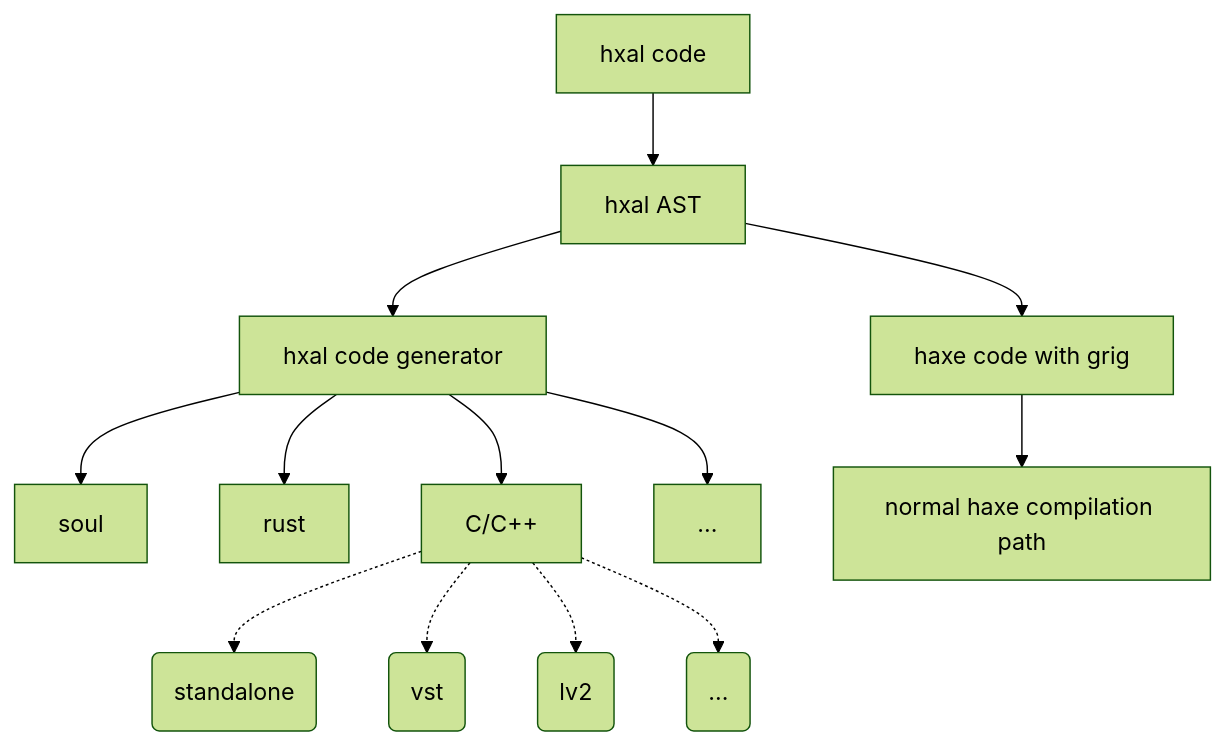
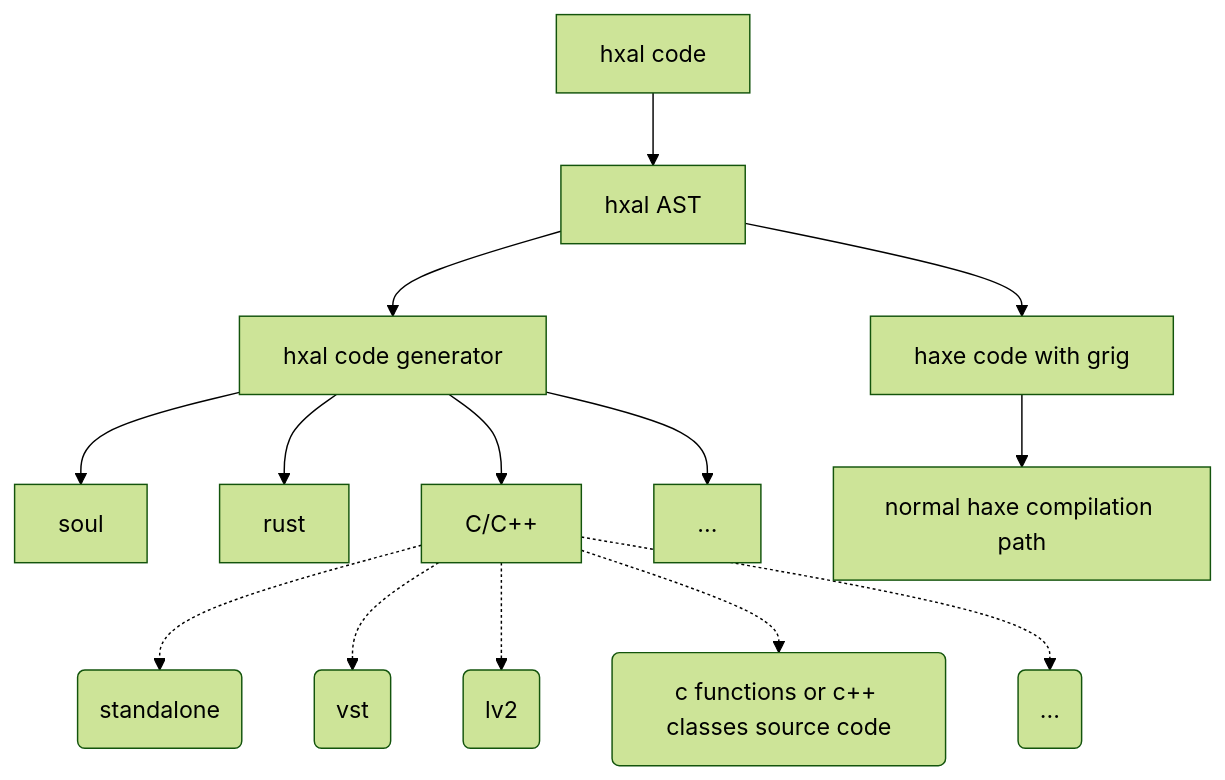
The diagram in README.md (osakared/grig.hxal), drawn with Mermaid (forest theme) before and after one commit. The commit also changed other lines of this file and 4 other files, not shown here.

````diff
--- a/README.md
+++ b/README.md
@@ -30,15 +26,16 @@
 ```mermaid
 graph TD;
     code[hxal code]-->ast[hxal AST]
     ast-->haxe[haxe code with grig]
     ast-->codegen[hxal code generator]
     codegen-->soul
     codegen-->rust
     codegen-->cpp[C/C++]
     codegen-->dotdot[...]
     cpp-.->standalone(standalone)
     cpp-.->vst(vst)
     cpp-.->lv2(lv2)
+    cpp-.->plain(c functions or c++ classes source code)
     cpp-.->dotdotdot(...)
     haxe-->std[normal haxe compilation path]
 ```
````
